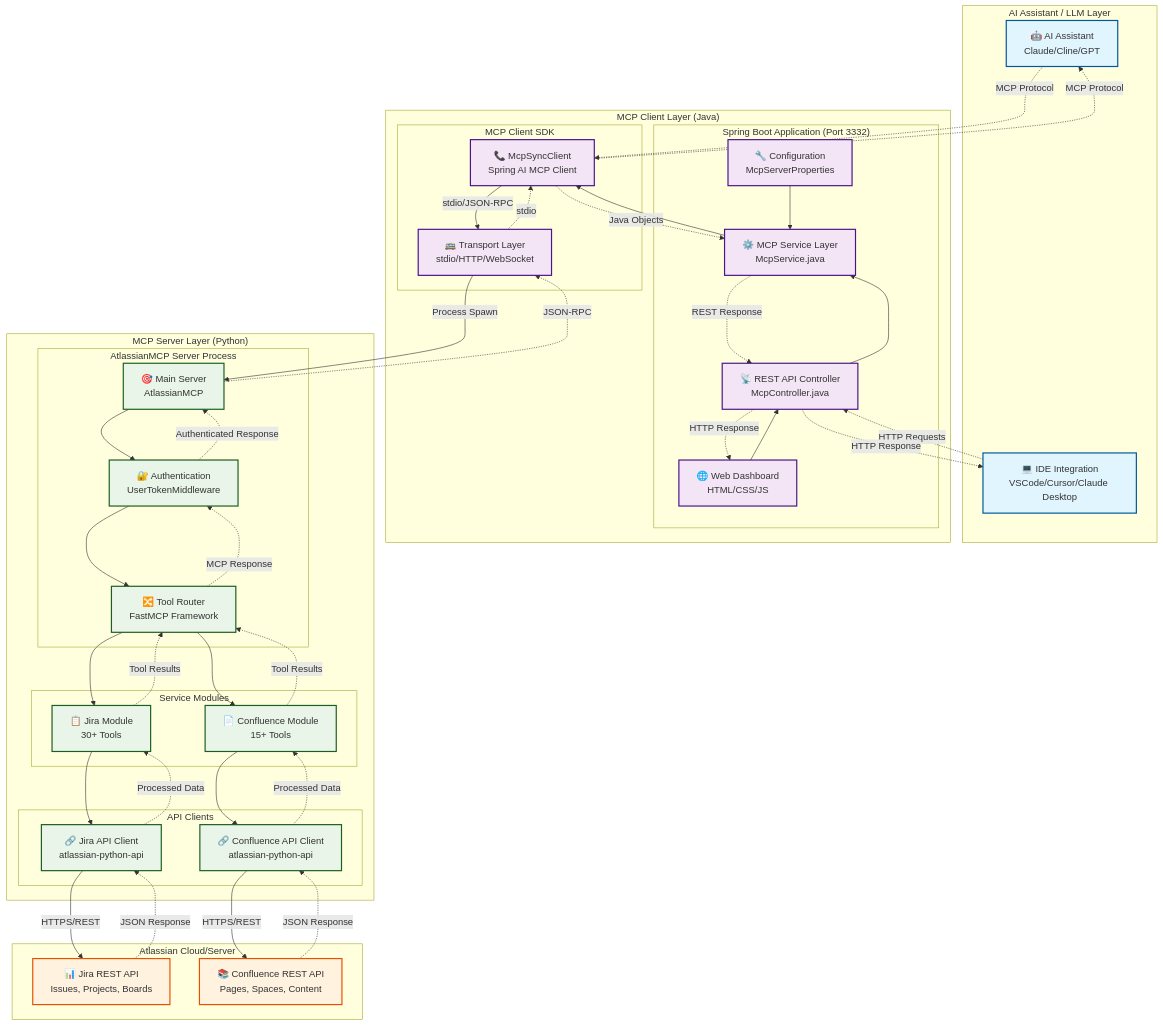
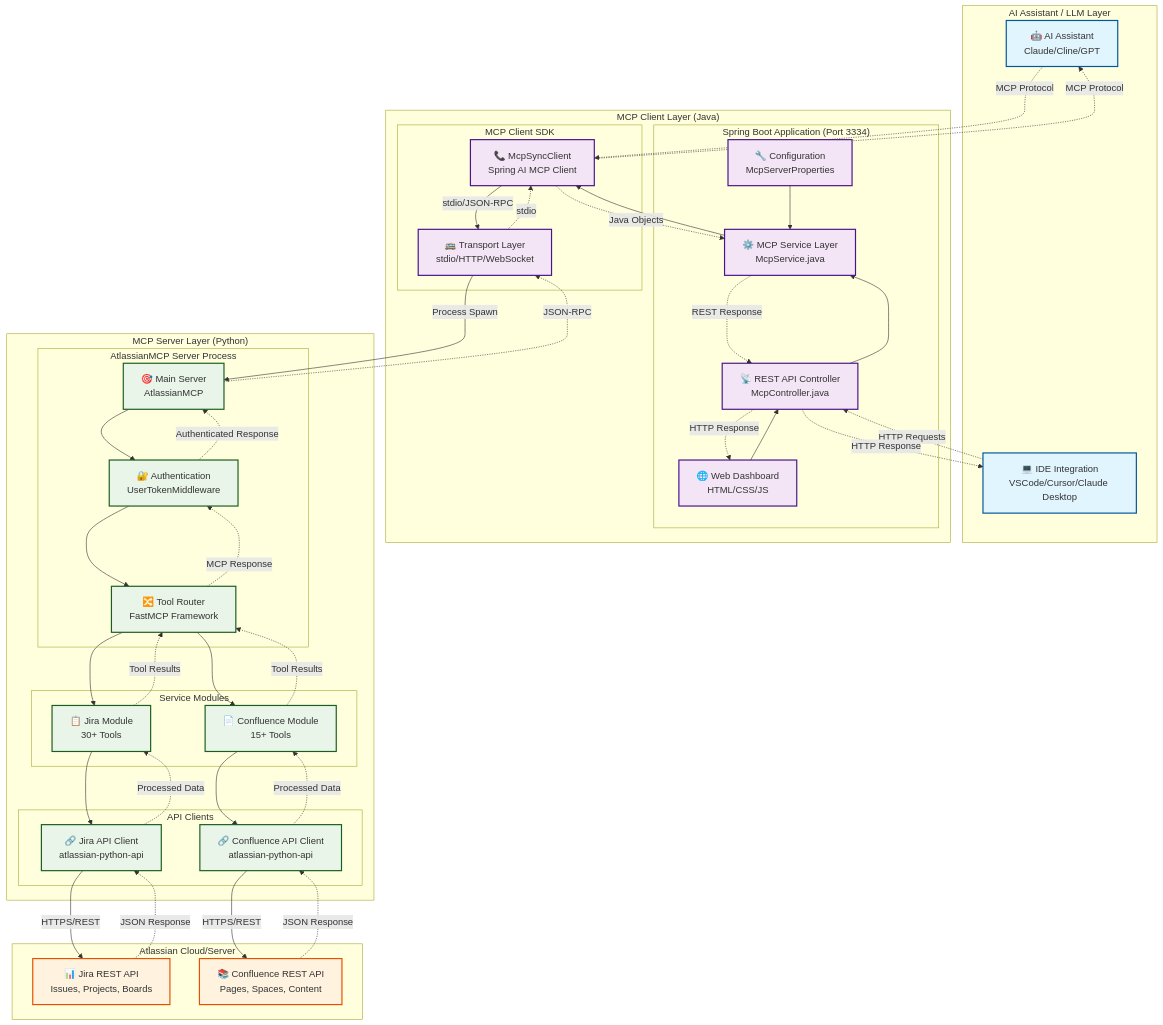
The first of 4 diagrams in _DESIGN.md (arseni-konakhau/mcp-client), drawn with Mermaid before and after one commit. The commit also changed other lines of this file and 9 other files, not shown here.

```diff
--- a/_DESIGN.md
+++ b/_DESIGN.md
@@ -14,7 +14,7 @@
     end
 
     subgraph "MCP Client Layer (Java)"
-        subgraph "Spring Boot Application (Port 3332)"
+        subgraph "Spring Boot Application (Port 3334)"
             WebUI[🌐 Web Dashboard<br/>HTML/CSS/JS]
             RestAPI[📡 REST API Controller<br/>McpController.java]
             Service[⚙️ MCP Service Layer<br/>McpService.java]
```
